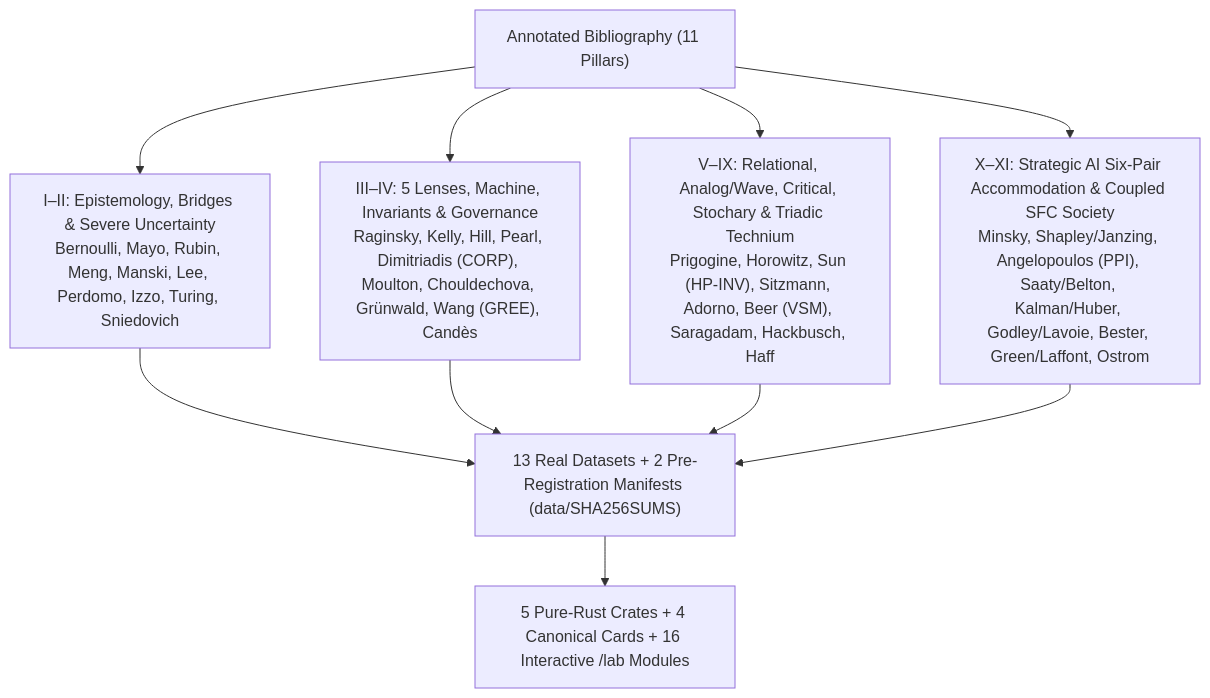
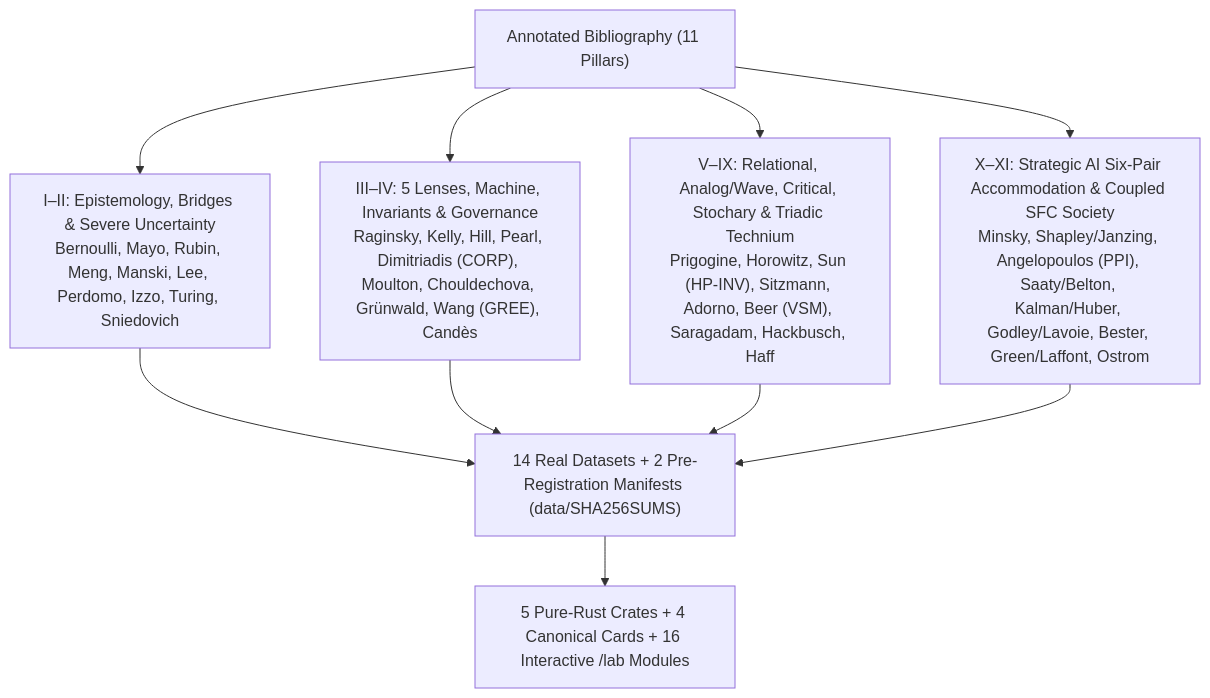
The diagram in book-src/appendix-c-sources.md (0b3st4f3r4/stochology), drawn with Mermaid before and after one commit. The commit also changed other lines of this file and 59 other files, not shown here.

Commit message:
feat(protocol,book): six real-data CAPIBA pillar instruments (27 defects) and interactive home SVG seed editor

````diff
--- a/book-src/appendix-c-sources.md
+++ b/book-src/appendix-c-sources.md
@@ -172,12 +181,12 @@
 ```mermaid
 flowchart TD
     BIB["Annotated Bibliography (11 Pillars)"] --> P1["I–II: Epistemology, Bridges &amp; Severe Uncertainty<br/>Bernoulli, Mayo, Rubin, Meng, Manski, Lee, Perdomo, Izzo, Turing, Sniedovich"]
     BIB --> P2["III–IV: 5 Lenses, Machine, Invariants &amp; Governance<br/>Raginsky, Kelly, Hill, Pearl, Dimitriadis (CORP), Moulton, Chouldechova, Grünwald, Wang (GREE), Candès"]
     BIB --> P3["V–IX: Relational, Analog/Wave, Critical, Stochary &amp; Triadic Technium<br/>Prigogine, Horowitz, Sun (HP-INV), Sitzmann, Adorno, Beer (VSM), Saragadam, Hackbusch, Haff"]
     BIB --> P4["X–XI: Strategic AI Six-Pair Accommodation &amp; Coupled SFC Society<br/>Minsky, Shapley/Janzing, Angelopoulos (PPI), Saaty/Belton, Kalman/Huber, Godley/Lavoie, Bester, Green/Laffont, Ostrom"]
-    P1 --> DATA["13 Real Datasets + 2 Pre-Registration Manifests (data/SHA256SUMS)"]
+    P1 --> DATA["14 Real Datasets + 2 Pre-Registration Manifests (data/SHA256SUMS)"]
     P2 --> DATA
     P3 --> DATA
     P4 --> DATA
     DATA --> CRATES["5 Pure-Rust Crates + 4 Canonical Cards + 16 Interactive /lab Modules"]
 ```
````
